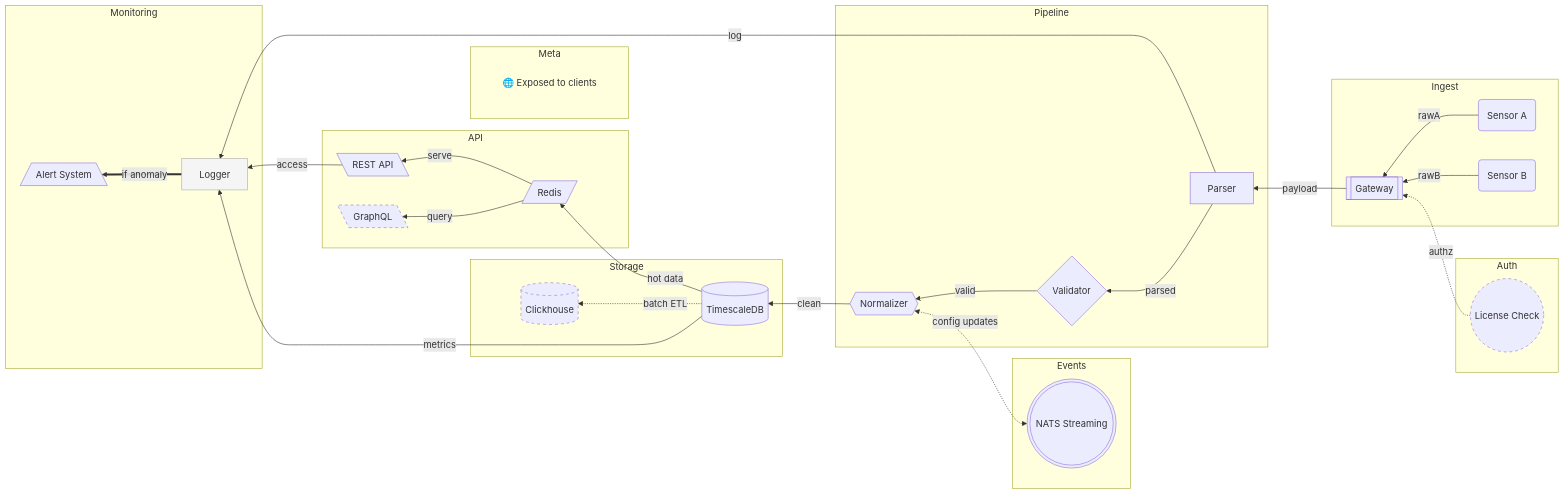
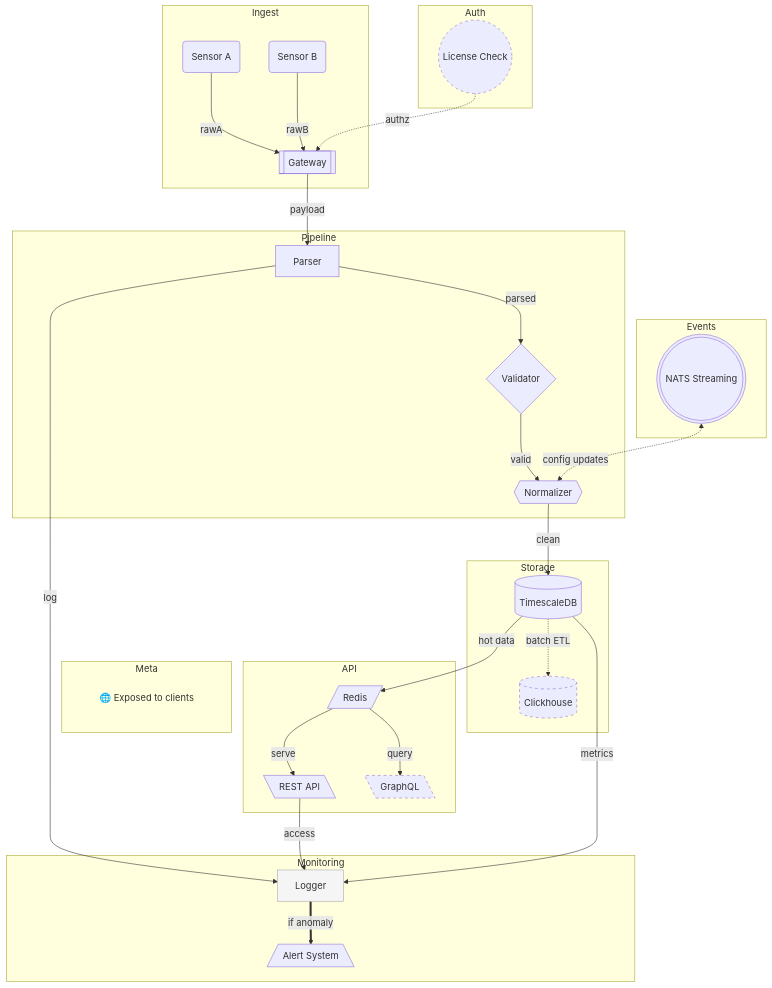
The diagram in README.md (D-NRG/mermaid), drawn with Mermaid before and after one commit. The commit also changed 18 other files, not shown here.

````diff
--- a/README.md
+++ b/README.md
@@ -2,82 +2,82 @@
 ```mermaid
-flowchart RL
+flowchart TD
 
 	subgraph API
 
 	cache[/"Redis"/]
 
 	rest[\"REST API"\]
 
 	graphql[\"GraphQL"\]
 	style graphql stroke-dasharray: 5 5
 	end
 
 	subgraph Auth
 
 	licence(("License Check"))
 	style licence stroke-dasharray: 5 5
 	end
 
 	subgraph Events
 
 	nats((("NATS Streaming")))
 	end
 
 	subgraph Ingest
 
 	sensor_A("Sensor A")
 
 	sensor_B("Sensor B")
 
 	gateway[["Gateway"]]
 	end
 
 	subgraph Meta
 
 	comment_api["🌐 Exposed to clients"]
 	style comment_api fill: transparent,stroke: transparent
 	end
 
 	subgraph Monitoring
 
 	logger["Logger"]
 	style logger fill:#f5f5f5,stroke:#aaa
 
 	alert[/"Alert System"\]
 	end
 
 	subgraph Pipeline
 
 	parser["Parser"]
 
 	validator{"Validator"}
 
 	normalizer{{"Normalizer"}}
 	end
 
 	subgraph Storage
 
 	db[("TimescaleDB")]
 
 	analytics[("Clickhouse")]
 	style analytics stroke-dasharray: 5 5
 	end
 
 	sensor_A -->|"rawA"| gateway
 	sensor_B -->|"rawB"| gateway
 	gateway -->|"payload"| parser
 	parser -->|"parsed"| validator
 	validator -->|"valid"| normalizer
 	normalizer -->|"clean"| db
 	db -.->|"batch ETL"| analytics
 	db -->|"hot data"| cache
 	cache -->|"serve"| rest
 	cache -->|"query"| graphql
 	licence -.->|"authz"| gateway
 	nats <-.->|"config updates"| normalizer
 	parser -->|"log"| logger
 	rest -->|"access"| logger
 	db -->|"metrics"| logger
 	logger ==>|"if anomaly"| alert
 	comment_api ~~~ rest
 ```
````
